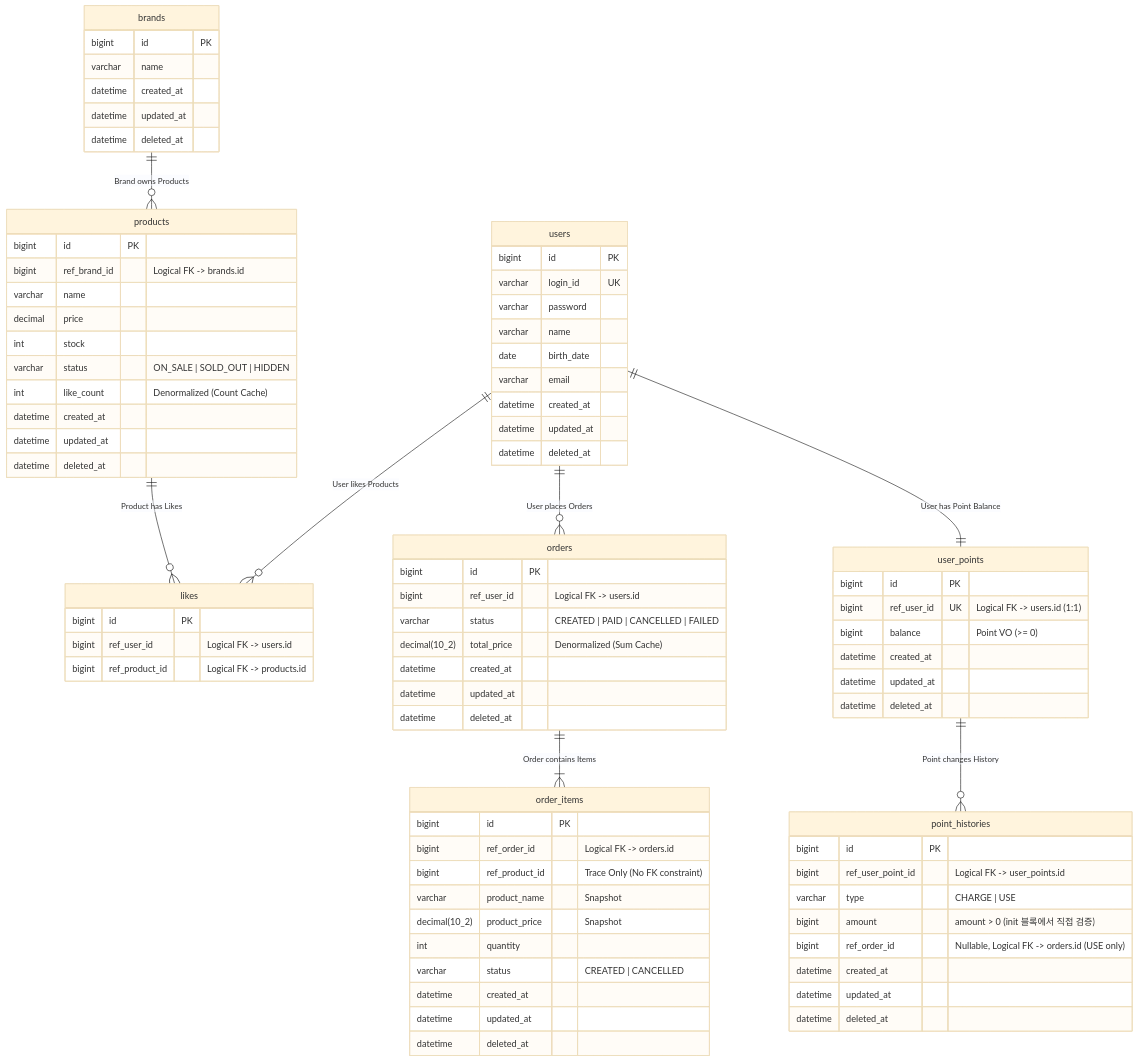
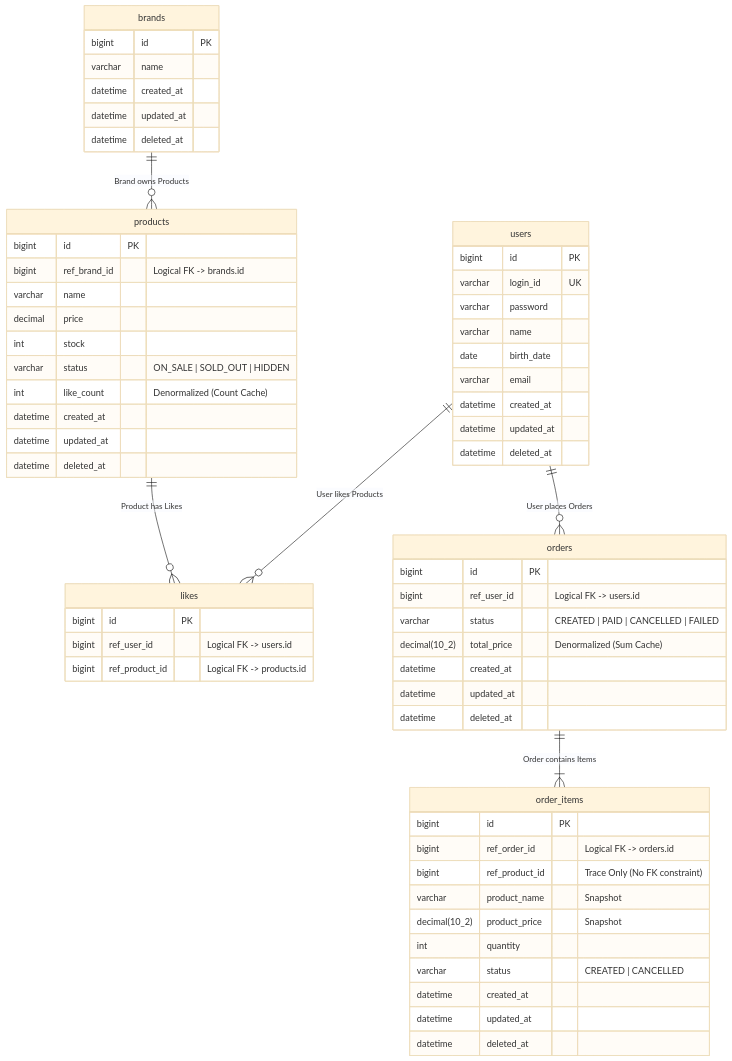
One commit to Loopers-dev-lab/loop-pack-be-l2-vol3-kotlin changed the diagram in docs/design/04-erd.md. Above: the diagram before and after it, drawn with Mermaid (base theme). The commit also changed other lines of this file and 9 other files, not shown here.

````diff
--- a/docs/design/04-erd.md
+++ b/docs/design/04-erd.md
@@ -84,31 +84,9 @@
         datetime deleted_at
     }
 
-    user_points {
-        bigint id PK
-        bigint ref_user_id UK "Logical FK -> users.id (1:1)"
-        bigint balance "Point VO (>= 0)"
-        datetime created_at
-        datetime updated_at
-        datetime deleted_at
-    }
-
-    point_histories {
-        bigint id PK
-        bigint ref_user_point_id "Logical FK -> user_points.id"
-        varchar type "CHARGE | USE"
-        bigint amount "amount > 0 (init 블록에서 직접 검증)"
-        bigint ref_order_id "Nullable, Logical FK -> orders.id (USE only)"
-        datetime created_at
-        datetime updated_at
-        datetime deleted_at
-    }
-
     brands ||--o{ products: "Brand owns Products"
     products ||--o{ likes: "Product has Likes"
     users ||--o{ likes: "User likes Products"
     users ||--o{ orders: "User places Orders"
-    users ||--|| user_points: "User has Point Balance"
-    user_points ||--o{ point_histories: "Point changes History"
     orders ||--|{ order_items: "Order contains Items"
 ```
````
